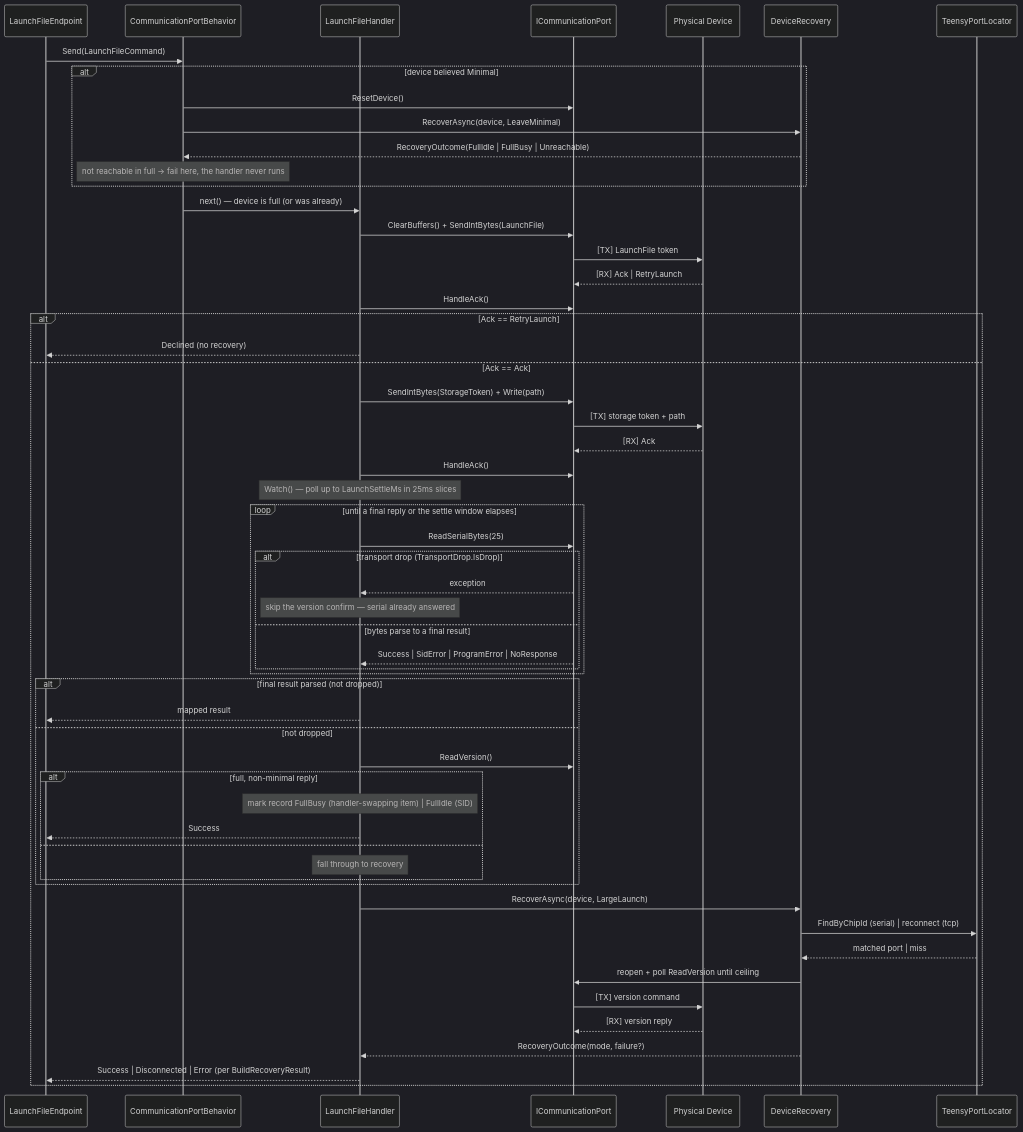
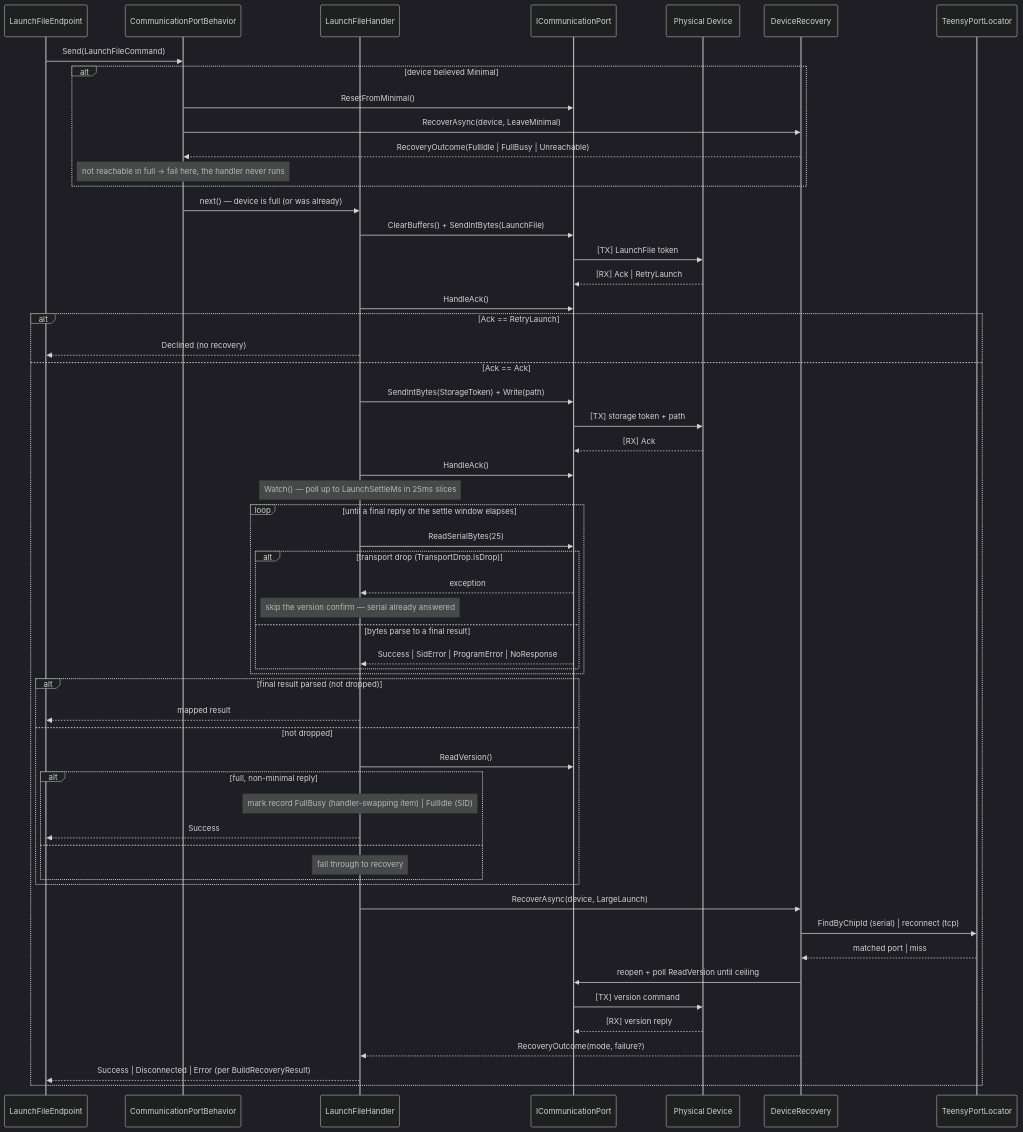
Before and after one commit to MetalHexx/TeensyROM-Web: the third of 4 diagrams in src/.claude/skills/backend-architecture/references/BACKEND_ARCHITECTURE.md, drawn with Mermaid. The commit also changed other lines of this file and 8 other files, not shown here.

````diff
--- a/src/.claude/skills/backend-architecture/references/BACKEND_ARCHITECTURE.md
+++ b/src/.claude/skills/backend-architecture/references/BACKEND_ARCHITECTURE.md
@@ -441,67 +459,67 @@
 ```mermaid
 %%{init: {'theme': 'dark', 'primaryColor': '#5a2c6b', 'primaryBorderColor': '#7d3fa3', 'primaryTextColor': '#fff', 'secondaryColor': '#0066cc', 'secondaryBorderColor': '#0052a3', 'tertiaryColor': '#2d7a3e', 'tertiaryBorderColor': '#1f5a2e', 'lineColor': '#b3b3b3', 'tertiaryTextColor': '#fff'}}%%
 sequenceDiagram
     participant EP as LaunchFileEndpoint
     participant G as CommunicationPortBehavior
     participant H as LaunchFileHandler
     participant P as ICommunicationPort
     participant D as Physical Device
     participant R as DeviceRecovery
     participant L as TeensyPortLocator
 
     EP->>G: Send(LaunchFileCommand)
 
     alt device believed Minimal
-        G->>P: ResetDevice()
+        G->>P: ResetFromMinimal()
         G->>R: RecoverAsync(device, LeaveMinimal)
         R-->>G: RecoveryOutcome(FullIdle | FullBusy | Unreachable)
         Note over G: not reachable in full → fail here, the handler never runs
     end
 
     G->>H: next() — device is full (or was already)
     H->>P: ClearBuffers() + SendIntBytes(LaunchFile)
     P->>D: [TX] LaunchFile token
     D-->>P: [RX] Ack | RetryLaunch
     H->>P: HandleAck()
 
     alt Ack == RetryLaunch
         H-->>EP: Declined (no recovery)
     else Ack == Ack
         H->>P: SendIntBytes(StorageToken) + Write(path)
         P->>D: [TX] storage token + path
         D-->>P: [RX] Ack
         H->>P: HandleAck()
 
         Note over H: Watch() — poll up to LaunchSettleMs in 25ms slices
         loop until a final reply or the settle window elapses
             H->>P: ReadSerialBytes(25)
             alt transport drop (TransportDrop.IsDrop)
                 P-->>H: exception
                 Note over H: skip the version confirm — serial already answered
             else bytes parse to a final result
                 P-->>H: Success | SidError | ProgramError | NoResponse
             end
         end
 
         alt final result parsed (not dropped)
             H-->>EP: mapped result
         else not dropped
             H->>P: ReadVersion()
             alt full, non-minimal reply
                 Note over H: mark record FullBusy (handler-swapping item) | FullIdle (SID)
                 H-->>EP: Success
             else
                 Note over H: fall through to recovery
             end
         end
 
         H->>R: RecoverAsync(device, LargeLaunch)
         R->>L: FindByChipId (serial) | reconnect (tcp)
         L-->>R: matched port | miss
         R->>P: reopen + poll ReadVersion until ceiling
         P->>D: [TX] version command
         D-->>P: [RX] version reply
         R-->>H: RecoveryOutcome(mode, failure?)
         H-->>EP: Success | Disconnected | Error (per BuildRecoveryResult)
     end
 ```
````
